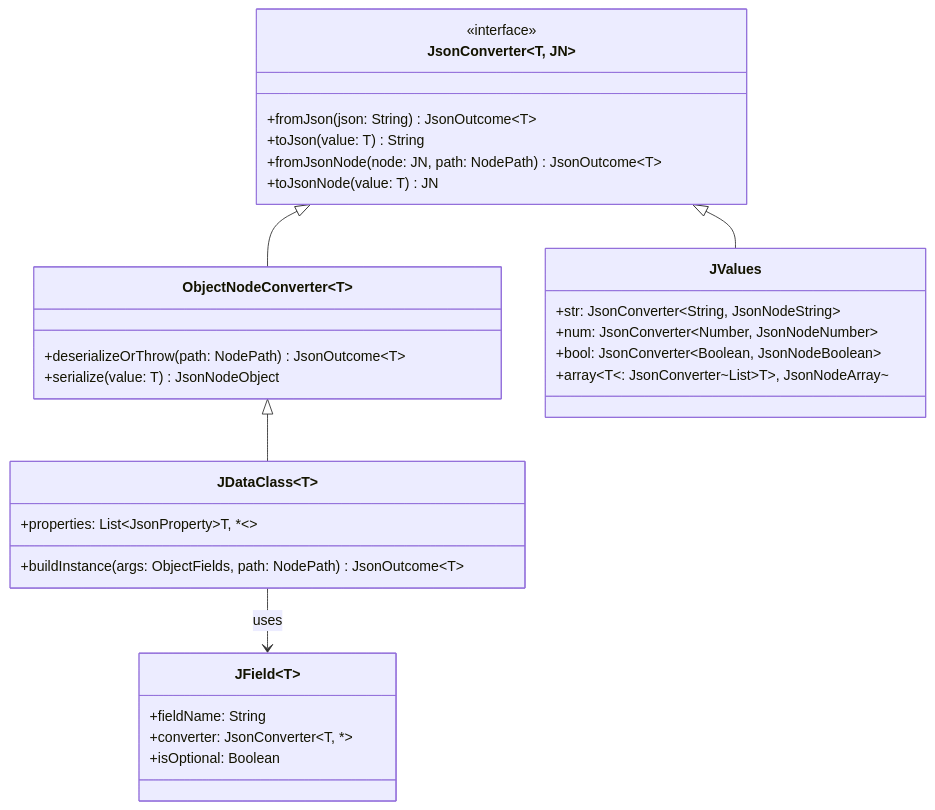
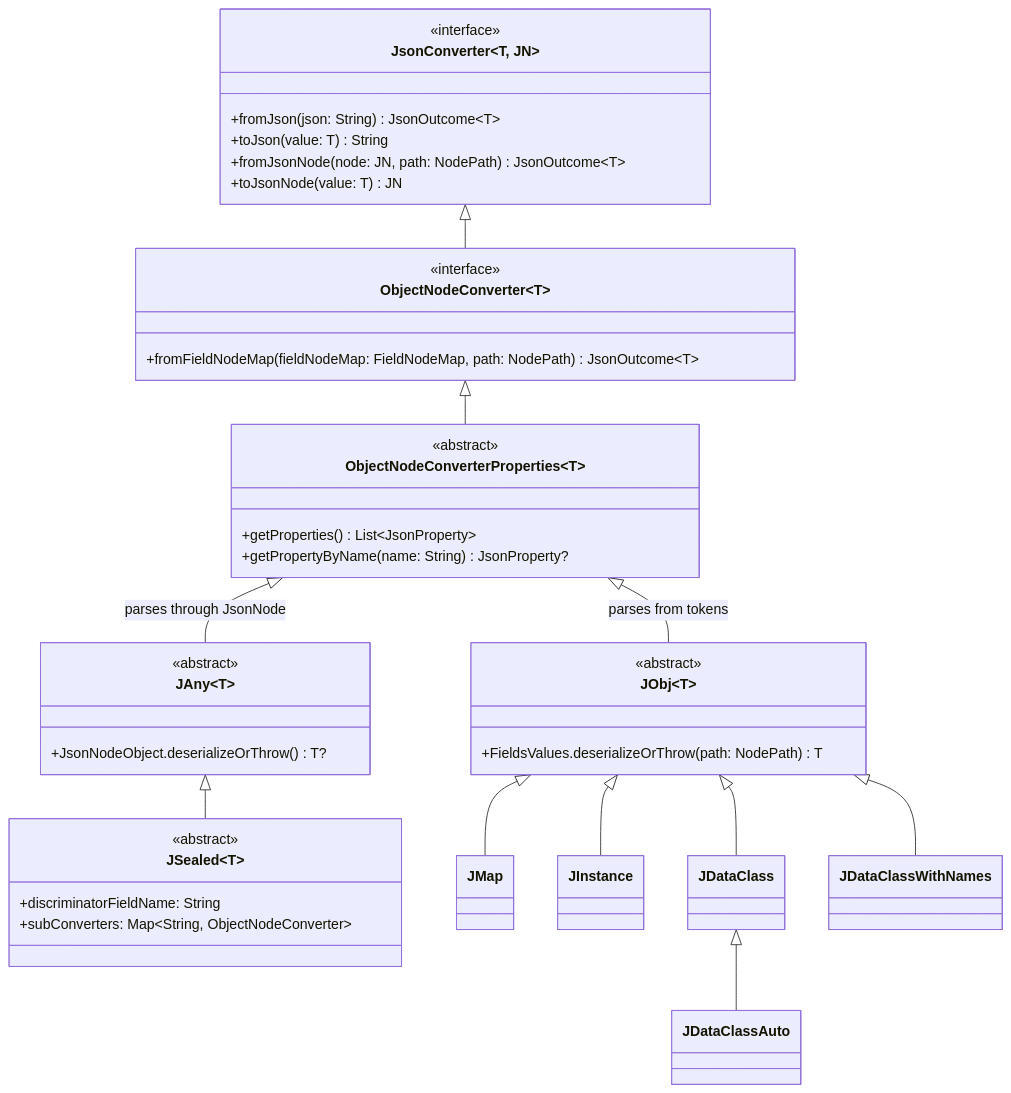
One commit to uberto/kondor-json changed the fifth of 8 diagrams in docs/ARCHITECTURE.md. Above: the diagram before and after it, drawn with Mermaid. The commit also changed other lines of this file and 12 other files, not shown here.

````diff
--- a/docs/ARCHITECTURE.md
+++ b/docs/ARCHITECTURE.md
@@ -154,39 +162,48 @@
 ```mermaid
 classDiagram
     class JsonConverter~T, JN~ {
         <<interface>>
         +fromJson(json: String) JsonOutcome~T~
         +toJson(value: T) String
         +fromJsonNode(node: JN, path: NodePath) JsonOutcome~T~
         +toJsonNode(value: T) JN
     }
-    
+
     class ObjectNodeConverter~T~ {
-        +deserializeOrThrow(path: NodePath) JsonOutcome~T~
-        +serialize(value: T) JsonNodeObject
+        <<interface>>
+        +fromFieldNodeMap(fieldNodeMap: FieldNodeMap, path: NodePath) JsonOutcome~T~
     }
-    
-    class JDataClass~T~ {
-        +buildInstance(args: ObjectFields, path: NodePath) JsonOutcome~T~
-        +properties: List~JsonProperty~T, *~~
+
+    class ObjectNodeConverterProperties~T~ {
+        <<abstract>>
+        +getProperties() List~JsonProperty~
+        +getPropertyByName(name: String) JsonProperty?
     }
-    
-    class JValues {
-        +str: JsonConverter~String, JsonNodeString~
-        +num: JsonConverter~Number, JsonNodeNumber~
-        +bool: JsonConverter~Boolean, JsonNodeBoolean~
-        +array~T~: JsonConverter~List~T~, JsonNodeArray~
+
+    class JObj~T~ {
+        <<abstract>>
+        +FieldsValues.deserializeOrThrow(path: NodePath) T
     }
-    
+
+    class JAny~T~ {
+        <<abstract>>
+        +JsonNodeObject.deserializeOrThrow() T?
+    }
+
+    class JSealed~T~ {
+        <<abstract>>
+        +discriminatorFieldName: String
+        +subConverters: Map~String, ObjectNodeConverter~
+    }
+
     JsonConverter <|-- ObjectNodeConverter
-    ObjectNodeConverter <|-- JDataClass
-    JsonConverter <|-- JValues
-    
-    class JField~T~ {
-        +fieldName: String
-        +converter: JsonConverter~T, *~
-        +isOptional: Boolean
-    }
-    
-    JDataClass --> JField : uses
+    ObjectNodeConverter <|-- ObjectNodeConverterProperties
+    ObjectNodeConverterProperties <|-- JObj : parses from tokens
+    ObjectNodeConverterProperties <|-- JAny : parses through JsonNode
+    JAny <|-- JSealed
+    JObj <|-- JMap
+    JObj <|-- JInstance
+    JObj <|-- JDataClass
+    JDataClass <|-- JDataClassAuto
+    JObj <|-- JDataClassWithNames
 ```
````
